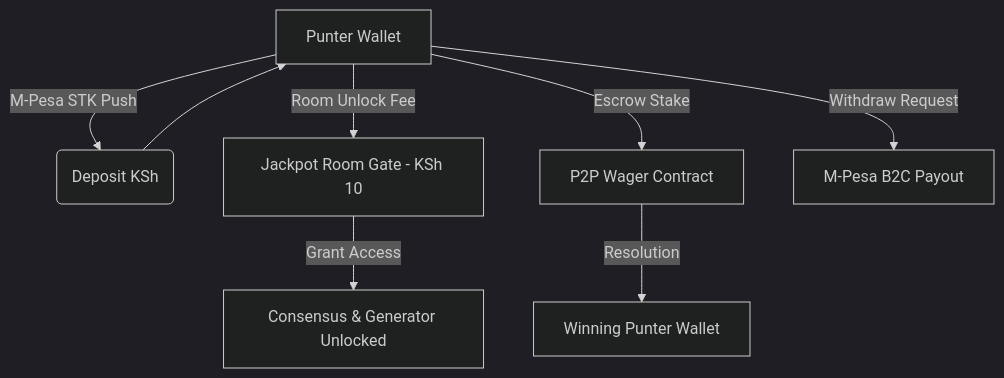
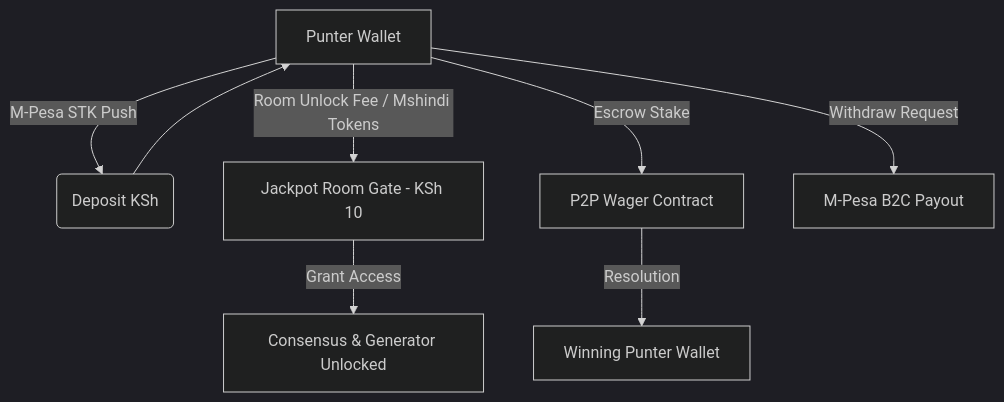
The diagram in docs/wallet.md (StimpyKigen/firstpush), drawn with Mermaid (dark theme) before and after one commit. The commit also changed other lines of this file and 22 other files, not shown here.

Commit message:
refactor(unlocks): remove all ad-affiliated code and restrict unlocks strictly to money and Mshindi tokens

````diff
--- a/docs/wallet.md
+++ b/docs/wallet.md
@@ -37,13 +37,13 @@
 ```mermaid
 graph TD
     A[Punter Wallet] -->|M-Pesa STK Push| B(Deposit KSh)
     B --> A
     
-    A -->|Room Unlock Fee| C[Jackpot Room Gate - KSh 10]
+    A -->|Room Unlock Fee / Mshindi Tokens| C[Jackpot Room Gate - KSh 10]
     C -->|Grant Access| D[Consensus & Generator Unlocked]
     
     A -->|Escrow Stake| E[P2P Wager Contract]
     E -->|Resolution| F[Winning Punter Wallet]
     
     A -->|Withdraw Request| G[M-Pesa B2C Payout]
 ```
````
